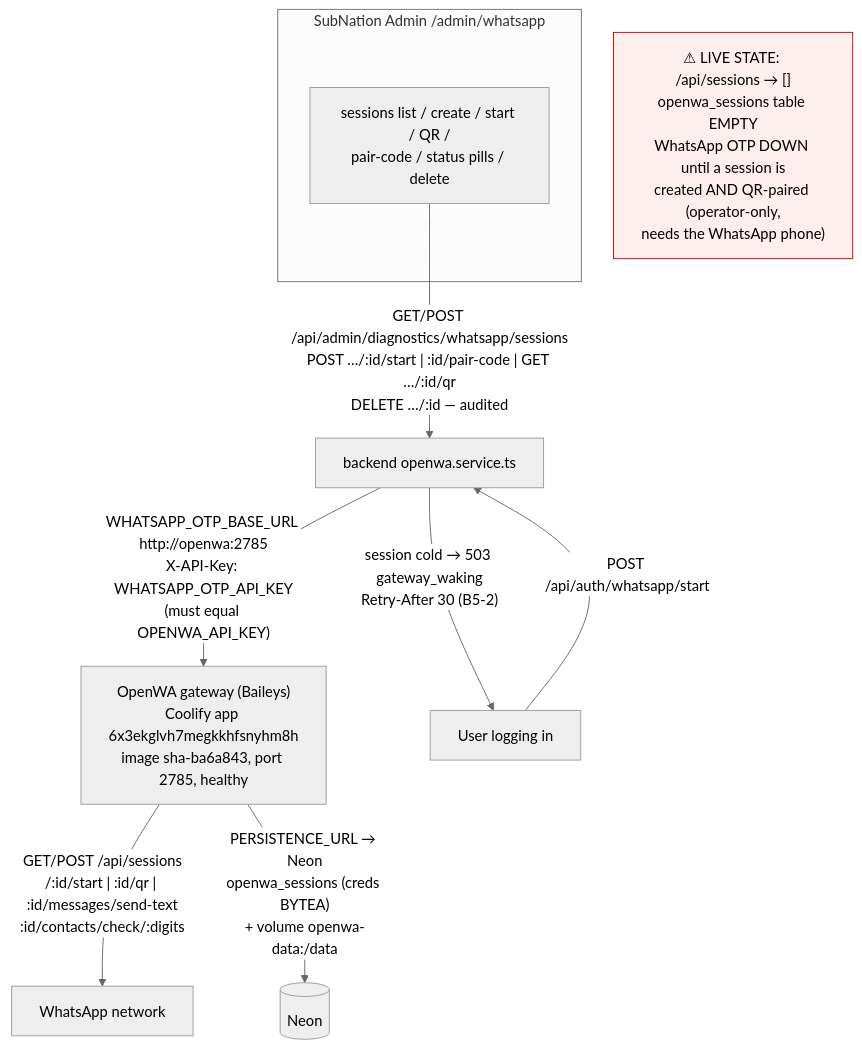
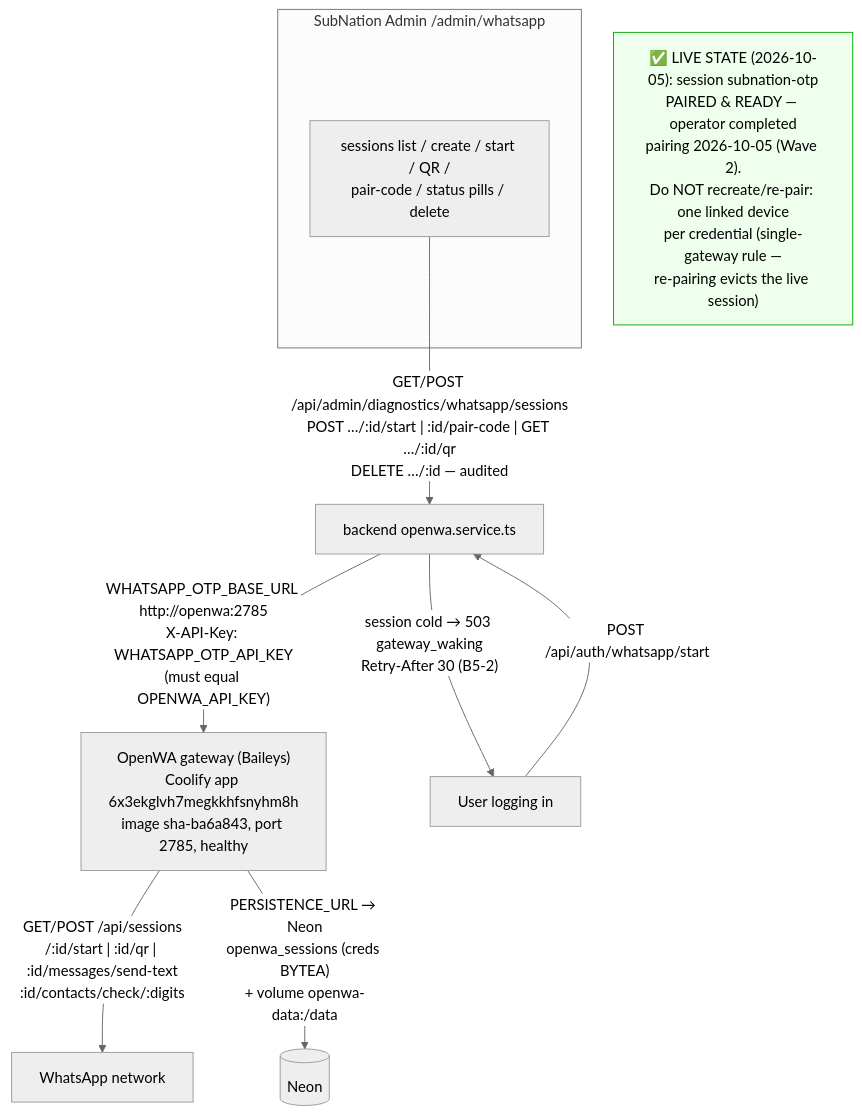
The diagram in docs/project-graph/07-whatsapp-flow.mmd (ahmadmedo1012/SubNation2), drawn with Mermaid (neutral theme) before and after one commit. The commit also changed 43 other files, not shown here.

```diff
--- a/docs/project-graph/07-whatsapp-flow.mmd
+++ b/docs/project-graph/07-whatsapp-flow.mmd
@@ -1,21 +1,21 @@
 %% WhatsApp flow — operator + OTP paths (verified against code + live probes)
 graph TB
     subgraph AdminUI["SubNation Admin /admin/whatsapp"]
         UI["sessions list / create / start / QR /<br/>pair-code / status pills / delete"]
     end
 
     UI -->|"GET/POST /api/admin/diagnostics/whatsapp/sessions<br/>POST …/:id/start | :id/pair-code | GET …/:id/qr<br/>DELETE …/:id — audited"| BE["backend openwa.service.ts"]
 
     BE -->|"WHATSAPP_OTP_BASE_URL http://openwa:2785<br/>X-API-Key: WHATSAPP_OTP_API_KEY<br/>(must equal OPENWA_API_KEY)"| GW["OpenWA gateway (Baileys)<br/>Coolify app 6x3ekglvh7megkkhfsnyhm8h<br/>image sha-ba6a843, port 2785, healthy"]
 
     GW -->|"GET/POST /api/sessions<br/>/:id/start | :id/qr | :id/messages/send-text<br/>:id/contacts/check/:digits"| WA["WhatsApp network"]
 
     GW -->|"PERSISTENCE_URL → Neon<br/>openwa_sessions (creds BYTEA)<br/>+ volume openwa-data:/data"| NEON[("Neon")]
 
     USER["User logging in"] -->|"POST /api/auth/whatsapp/start"| BE
     BE -->|"session cold → 503 gateway_waking<br/>Retry-After 30 (B5-2)"| USER
 
-    STATUS["⚠ LIVE STATE: /api/sessions → []<br/>openwa_sessions table EMPTY<br/>WhatsApp OTP DOWN until a session is<br/>created AND QR-paired (operator-only,<br/>needs the WhatsApp phone)"]
+    STATUS["✅ LIVE STATE (2026-10-05): session subnation-otp<br/>PAIRED & READY — operator completed<br/>pairing 2026-10-05 (Wave 2).<br/>Do NOT recreate/re-pair: one linked device<br/>per credential (single-gateway rule —<br/>re-pairing evicts the live session)"]
 
-    classDef down fill:#fee,stroke:#c00
-    class STATUS down
+    classDef ready fill:#efe,stroke:#0a0
+    class STATUS ready
```
